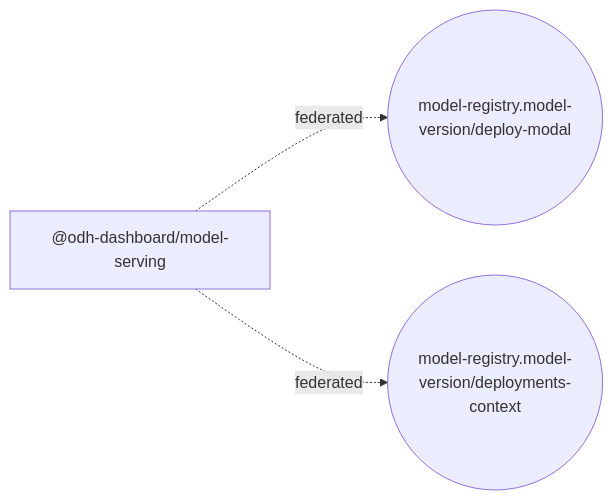
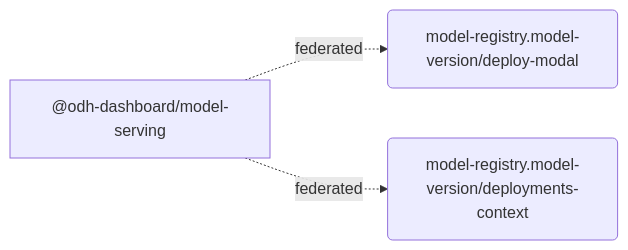
The third of 4 diagrams in packages/model-serving/docs/extensions.md (mturley/odh-dashboard), drawn with Mermaid before and after one commit. The commit also changed other lines of this file and 24 other files, not shown here.

````diff
--- a/packages/model-serving/docs/extensions.md
+++ b/packages/model-serving/docs/extensions.md
@@ -376,8 +376,8 @@
 ```mermaid
 flowchart LR
   pkg_n__odh_dashboard_model_serving_548436["@odh-dashboard/model-serving"]
-  point_n_model_registry_model_version_deploy_modal_74d1d6(("model-registry.model-version/deploy-modal"))
+  point_n_model_registry_model_version_deploy_modal_74d1d6("model-registry.model-version/deploy-modal")
   pkg_n__odh_dashboard_model_serving_548436 -. "federated" .-> point_n_model_registry_model_version_deploy_modal_74d1d6
-  point_n_model_registry_model_version_deployments_context_5e3005(("model-registry.model-version/deployments-context"))
+  point_n_model_registry_model_version_deployments_context_5e3005("model-registry.model-version/deployments-context")
   pkg_n__odh_dashboard_model_serving_548436 -. "federated" .-> point_n_model_registry_model_version_deployments_context_5e3005
 ```
````
